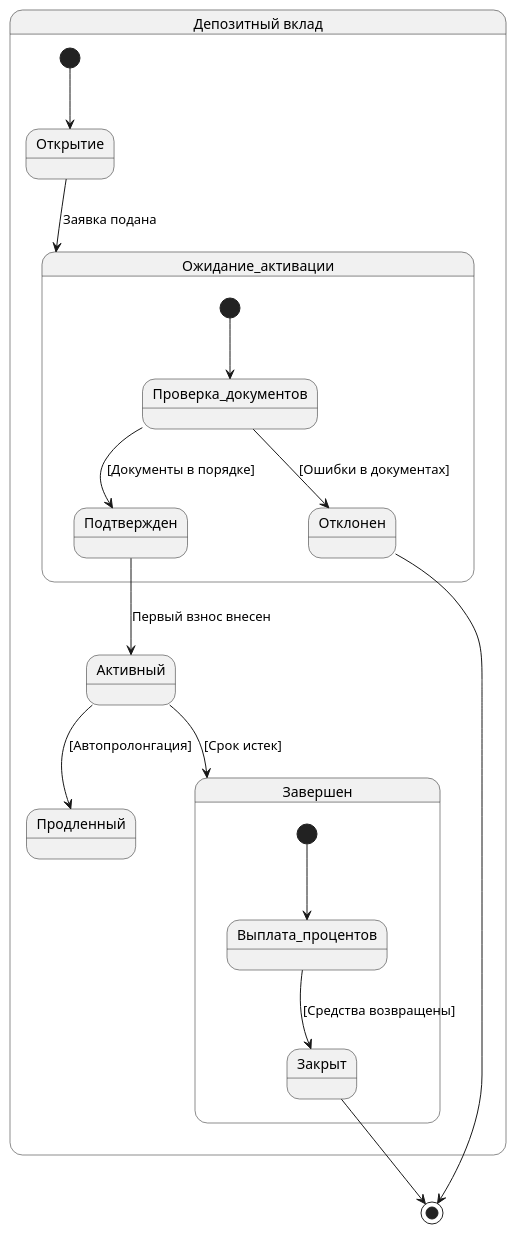
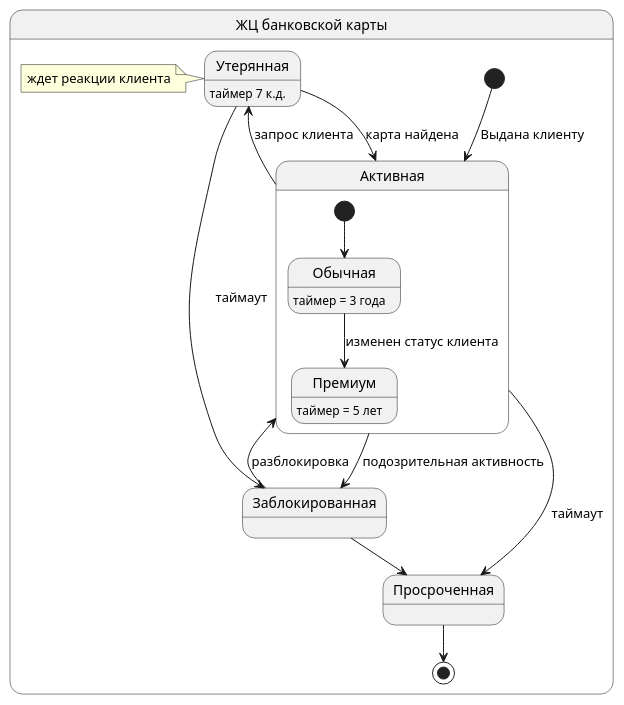
Before and after one commit to IrinaDubrovina/T1-UML-diagrams: the diagram in UC/homework_8_1.puml, drawn with PlantUML.

```diff
--- a/UC/homework_8_1.puml
+++ b/UC/homework_8_1.puml
@@ -1,26 +1,27 @@
 @startuml ЖЦ банковской карты
 
-state "Депозитный вклад" as Deposit {
-    [*] --> Открытие
-    Открытие --> Ожидание_активации: Заявка подана
+state "ЖЦ банковской карты" as C {
+    [*] --> Активная: Выдана клиенту
 
-    state Ожидание_активации {
-    [*] --> Проверка_документов
-    Проверка_документов --> Подтвержден: [Документы в порядке]
-    Проверка_документов --> Отклонен: [Ошибки в документах]
-    }
-    Подтвержден --> Активный: Первый взнос внесен
-    Активный --> Продленный: [Автопролонгация]
-    Активный --> Завершен: [Срок истек]
-
-    state Завершен {
-    [*] --> Выплата_процентов
-    Выплата_процентов --> Закрыт: [Средства возвращены]
-   
-    }
+    state Активная {
+    [*] --> Обычная
+    Обычная : таймер = 3 года
+    Обычная --> Премиум: изменен статус клиента
+    Премиум : таймер = 5 лет
+      
 }
 
-Отклонен --> [*]
-Закрыт --> [*]
+Активная --> Заблокированная: подозрительная активность
+Заблокированная --> Активная: разблокировка
+Активная --> Просроченная: таймаут
+Активная --> Утерянная: запрос клиента
+Утерянная --> Активная: карта найдена
+Утерянная --> Заблокированная: таймаут
+Утерянная : таймер 7 к.д.
+note left of Утерянная
+ждет реакции клиента
+end note
+Заблокированная --> Просроченная
+Просроченная --> [*]
 
 @enduml
```
